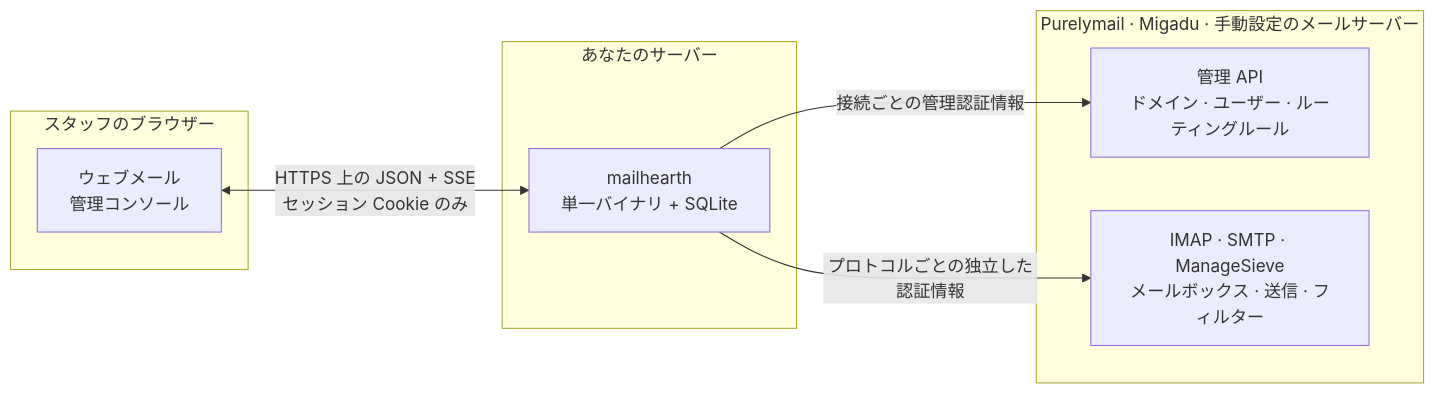
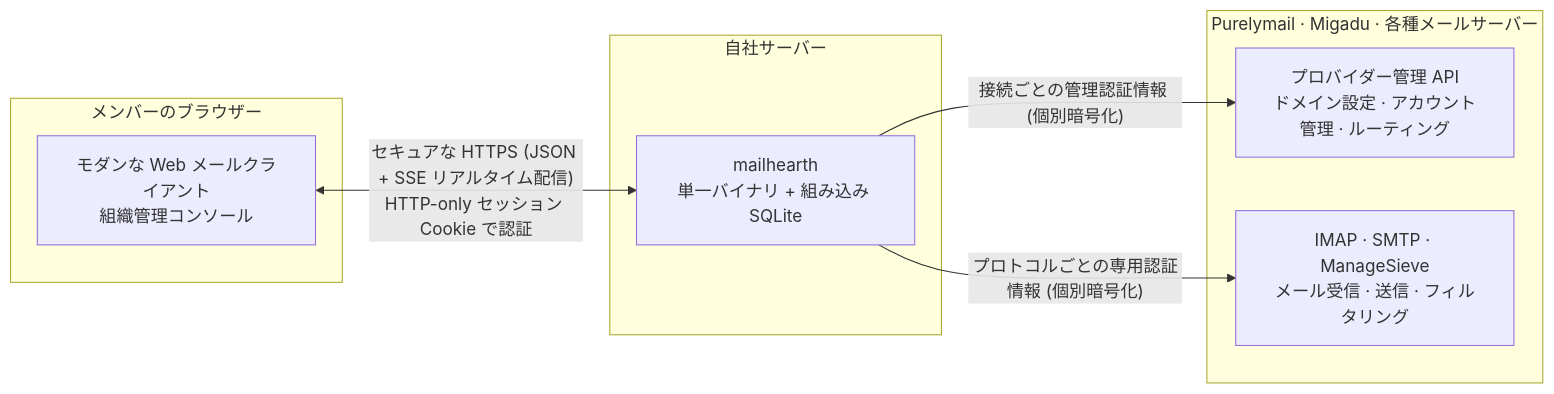
One commit to yll682/Mailhearth changed the diagram in README.ja.md. Above: the diagram before and after it, drawn with Mermaid. The commit also changed other lines of this file and 41 other files, not shown here.

````diff
--- a/README.ja.md
+++ b/README.ja.md
@@ -9,17 +9,17 @@
 ```mermaid
 flowchart LR
-    subgraph browser["スタッフのブラウザー"]
-        SPA["ウェブメール<br/>管理コンソール"]
+    subgraph browser["メンバーのブラウザー"]
+        SPA["モダンな Web メールクライアント<br/>組織管理コンソール"]
     end
-    subgraph host["あなたのサーバー"]
-        APP["mailhearth<br/>単一バイナリ + SQLite"]
+    subgraph host["自社サーバー"]
+        APP["mailhearth<br/>単一バイナリ + 組み込み SQLite"]
     end
-    subgraph pm["Purelymail · Migadu · 手動設定のメールサーバー"]
-        API["管理 API<br/>ドメイン · ユーザー · ルーティングルール"]
-        MAIL["IMAP · SMTP · ManageSieve<br/>メールボックス · 送信 · フィルター"]
+    subgraph pm["Purelymail · Migadu · 各種メールサーバー"]
+        API["プロバイダー管理 API<br/>ドメイン設定 · アカウント管理 · ルーティング"]
+        MAIL["IMAP · SMTP · ManageSieve<br/>メール受信 · 送信 · フィルタリング"]
     end
 
-    SPA <-->|"HTTPS 上の JSON + SSE<br/>セッション Cookie のみ"| APP
-    APP -->|"接続ごとの管理認証情報"| API
-    APP -->|"プロトコルごとの独立した認証情報"| MAIL
+    SPA <-->|"セキュアな HTTPS (JSON + SSE リアルタイム配信)<br/>HTTP-only セッション Cookie で認証"| APP
+    APP -->|"接続ごとの管理認証情報 (個別暗号化)"| API
+    APP -->|"プロトコルごとの専用認証情報 (個別暗号化)"| MAIL
 ```
````
